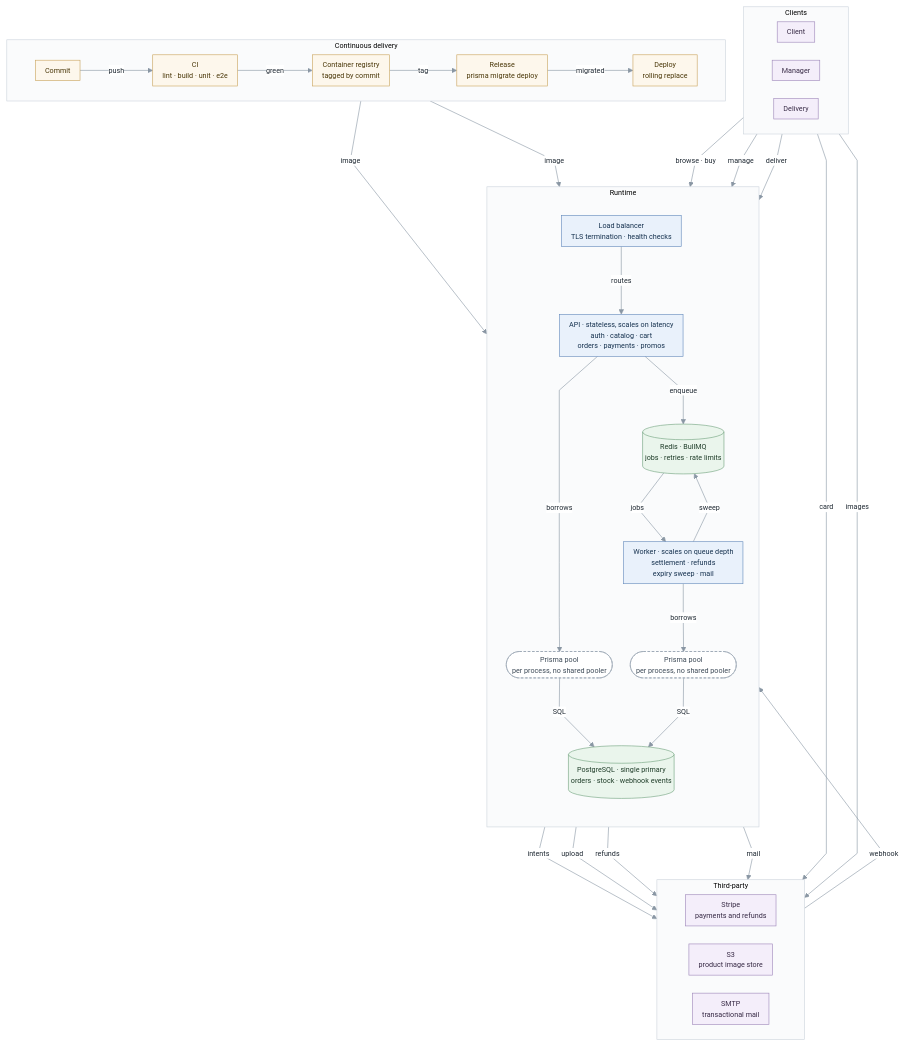
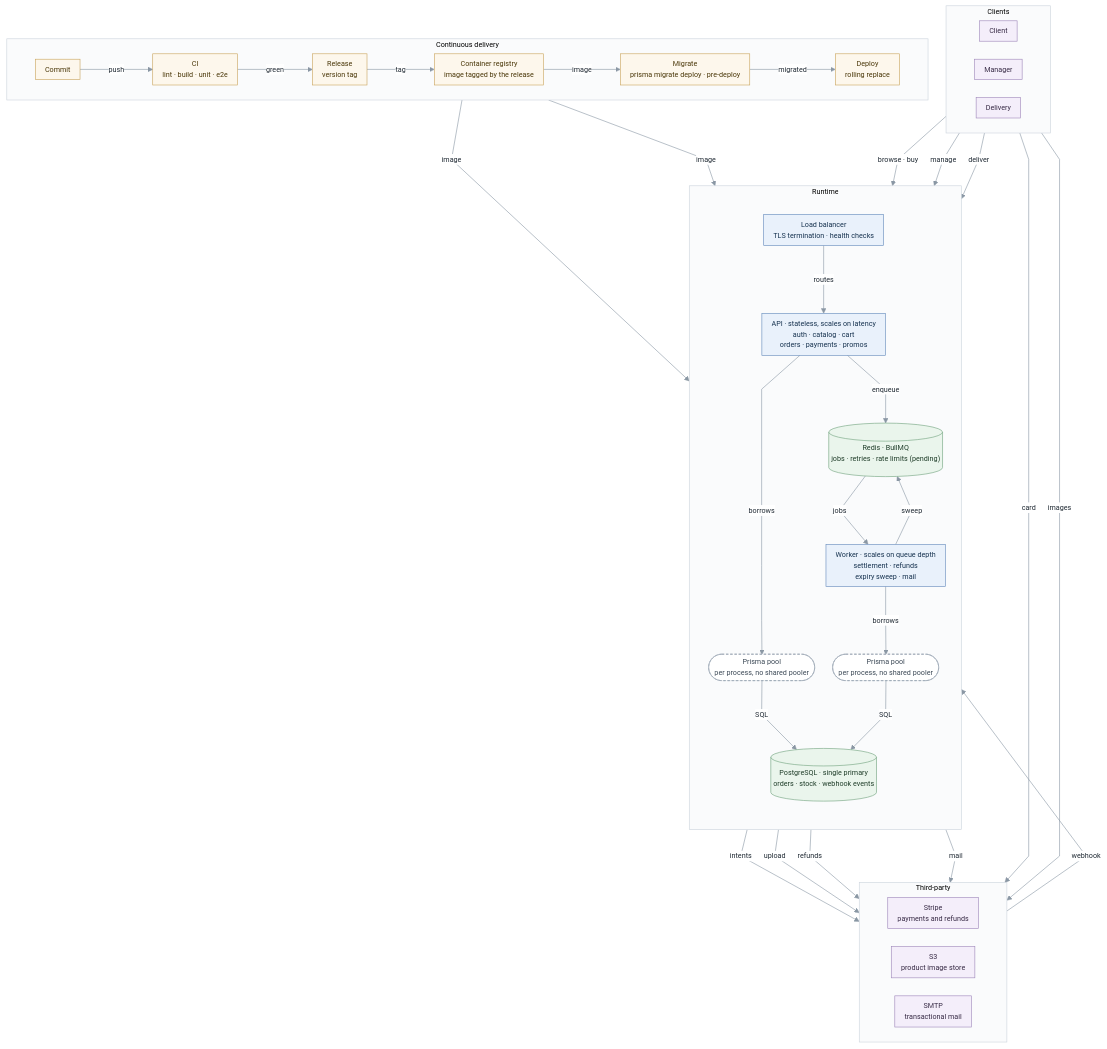
The diagram in docs/ARQUITECTURA.md (fabianespinoza-ravn/tshirt-store-api), drawn with Mermaid before and after one commit. The commit also changed other lines of this file and 15 other files, not shown here.

````diff
--- a/docs/ARQUITECTURA.md
+++ b/docs/ARQUITECTURA.md
@@ -3,69 +3,70 @@
 ```mermaid
 %%{init: {"theme":"base","themeVariables":{"fontFamily":"Segoe UI, Helvetica, Arial, sans-serif","fontSize":"12px","lineColor":"#8a97a4","primaryColor":"#eef2f6","primaryTextColor":"#1f2933","primaryBorderColor":"#9aa7b4","clusterBkg":"#fafbfc","clusterBorder":"#ccd4dc","edgeLabelBackground":"#ffffff"},"flowchart":{"curve":"linear","nodeSpacing":30,"rankSpacing":70,"padding":8}}}%%
 flowchart TB
   subgraph USR["Clients"]
     direction LR
     CL["Client"]
     MG["Manager"]
     DL["Delivery"]
   end
 
   subgraph RT["Runtime"]
     direction TB
     LB["Load balancer<br/>TLS termination · health checks"]
     API["API · stateless, scales on latency<br/>auth · catalog · cart<br/>orders · payments · promos"]
     AP(["Prisma pool<br/>per process, no shared pooler"])
-    RD[("Redis · BullMQ<br/>jobs · retries · rate limits")]
+    RD[("Redis · BullMQ<br/>jobs · retries · rate limits (pending)")]
     WK["Worker · scales on queue depth<br/>settlement · refunds<br/>expiry sweep · mail"]
     WP(["Prisma pool<br/>per process, no shared pooler"])
     PG[("PostgreSQL · single primary<br/>orders · stock · webhook events")]
 
     LB -->|"routes"| API
     API -->|"borrows"| AP
     API -->|"enqueue"| RD
     RD -->|"jobs"| WK
     WK -->|"sweep"| RD
     WK -->|"borrows"| WP
     AP -->|"SQL"| PG
     WP -->|"SQL"| PG
   end
 
   subgraph EXT["Third-party"]
     direction LR
     ST["Stripe<br/>payments and refunds"]
     S3["S3<br/>product image store"]
     MAIL["SMTP<br/>transactional mail"]
   end
 
   subgraph CD["Continuous delivery"]
     direction LR
     C["Commit"] -->|"push"| CI["CI<br/>lint · build · unit · e2e"]
-    CI -->|"green"| REG["Container registry<br/>tagged by commit"]
-    REL["Release<br/>prisma migrate deploy"] -->|"migrated"| DEP["Deploy<br/>rolling replace"]
-    REG -->|"tag"| REL
+    CI -->|"green"| REL["Release<br/>version tag"]
+    REL -->|"tag"| REG["Container registry<br/>image tagged by the release"]
+    REG -->|"image"| MIG["Migrate<br/>prisma migrate deploy · pre-deploy"]
+    MIG -->|"migrated"| DEP["Deploy<br/>rolling replace"]
   end
 
   CL -->|"browse · buy"| LB
   MG -->|"manage"| LB
   DL -->|"deliver"| LB
   CL -->|"card"| ST
   CL -->|"images"| S3
   ST -->|"webhook"| LB
   API -->|"intents"| ST
   API -->|"upload"| S3
   WK -->|"refunds"| ST
   WK -->|"mail"| MAIL
   DEP -->|"image"| API
   DEP -->|"image"| WK
 
   classDef pipe fill:#fdf7ec,stroke:#c9a35c,color:#4a3708
   classDef proc fill:#e9f1fb,stroke:#6389bb,color:#16324f
   classDef pool fill:#ffffff,stroke:#9aa7b4,stroke-dasharray:4 3,color:#3d4a57
   classDef store fill:#eaf5ec,stroke:#6fa17d,color:#1f3d29
   classDef ext fill:#f4eefa,stroke:#9d86b9,color:#372a45
-  class C,CI,REG,REL,DEP pipe
+  class C,CI,REL,REG,MIG,DEP pipe
   class LB,API,WK proc
   class AP,WP pool
   class PG,RD store
   class CL,MG,DL,ST,S3,MAIL ext
 ```
````
